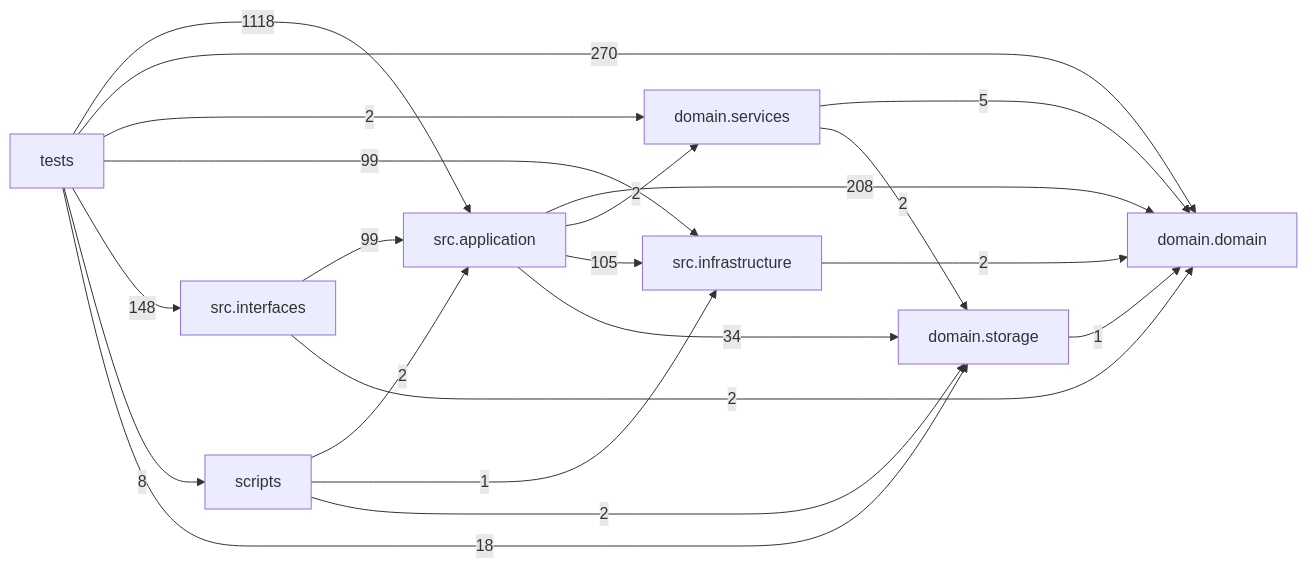
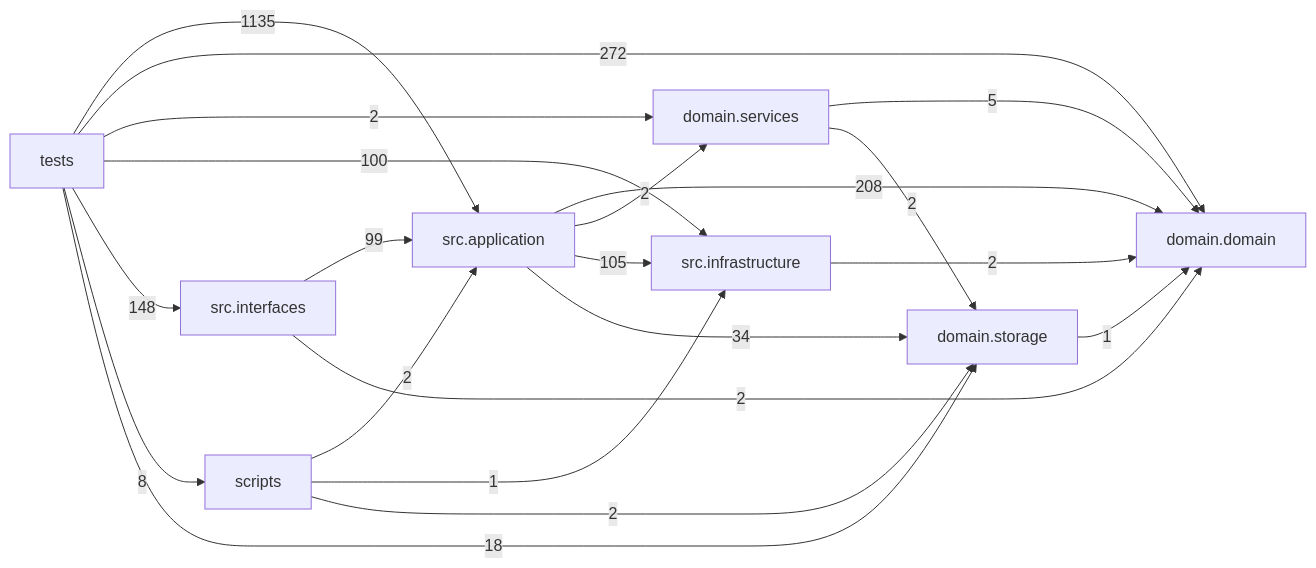
One commit to liuxie066/options-monitor changed the diagram in docs/DEPENDENCY_GRAPH.md. Above: the diagram before and after it, drawn with Mermaid. The commit also changed other lines of this file and 75 other files, not shown here.

Commit message:
Release v1.2.213 strategy architecture refactor

````diff
--- a/docs/DEPENDENCY_GRAPH.md
+++ b/docs/DEPENDENCY_GRAPH.md
@@ -24,31 +24,31 @@
 ```mermaid
 flowchart LR
   tests["tests"]
   scripts["scripts"]
   interfaces["src.interfaces"]
   application["src.application"]
   infrastructure["src.infrastructure"]
   domain_services["domain.services"]
   domain["domain.domain"]
   storage["domain.storage"]
   application -->|208| domain
   application -->|2| domain_services
   application -->|105| infrastructure
   application -->|34| storage
   domain_services -->|5| domain
   domain_services -->|2| storage
   infrastructure -->|2| domain
   interfaces -->|99| application
   interfaces -->|2| domain
   scripts -->|2| application
   scripts -->|1| infrastructure
   scripts -->|2| storage
   storage -->|1| domain
-  tests -->|1118| application
-  tests -->|270| domain
+  tests -->|1135| application
+  tests -->|272| domain
   tests -->|2| domain_services
-  tests -->|99| infrastructure
+  tests -->|100| infrastructure
   tests -->|148| interfaces
   tests -->|8| scripts
   tests -->|18| storage
 ```
````
